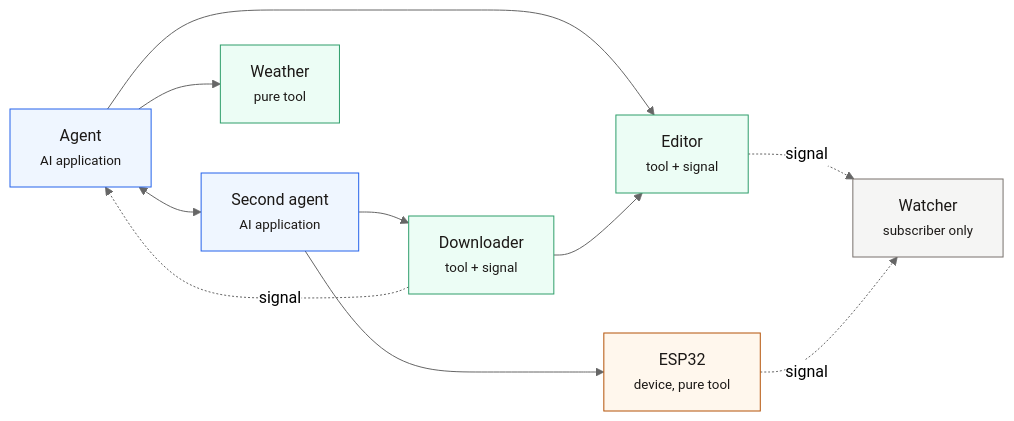
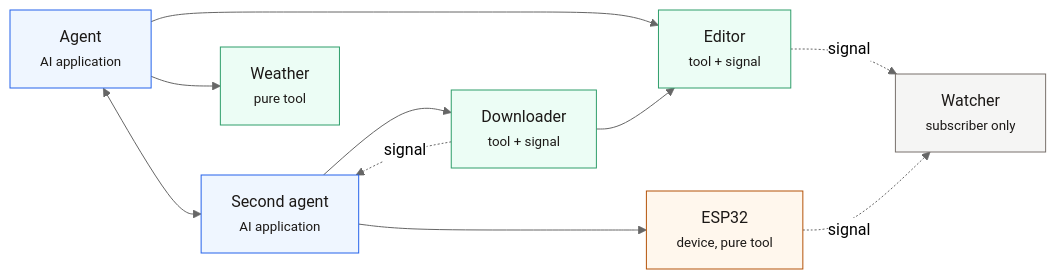
Before and after one commit to ModelSensingProtocol/msp-site: the diagram in docs-site/docs/architecture.md, drawn with Mermaid (neutral theme). The commit also changed other lines of this file and 7 other files, not shown here.

````diff
--- a/docs-site/docs/architecture.md
+++ b/docs-site/docs/architecture.md
@@ -3,31 +3,31 @@
 ```mermaid
 flowchart LR
   A1["Agent<br/><small>AI application</small>"]
   A2["Second agent<br/><small>AI application</small>"]
   ED["Editor<br/><small>tool + signal</small>"]
   DL["Downloader<br/><small>tool + signal</small>"]
   W["Weather<br/><small>pure tool</small>"]
   ES["ESP32<br/><small>device, pure tool</small>"]
   OB["Watcher<br/><small>subscriber only</small>"]
 
   A1 <--> A2
   A1 --> ED
   A1 --> W
   A2 --> DL
   A2 --> ES
   DL --> ED
 
-  DL -. signal .-> A1
+  DL -. signal .-> A2
   ED -. signal .-> OB
   ES -. signal .-> OB
 
   classDef ai fill:#eff6ff,stroke:#2563eb,color:#1c1917
   classDef tool fill:#ecfdf5,stroke:#2f9e6b,color:#1c1917
   classDef dev fill:#fff7ed,stroke:#b45309,color:#1c1917
   classDef obs fill:#f5f5f4,stroke:#78716c,color:#1c1917
 
   class A1,A2 ai
   class ED,DL,W tool
   class ES dev
   class OB obs
 ```
````
